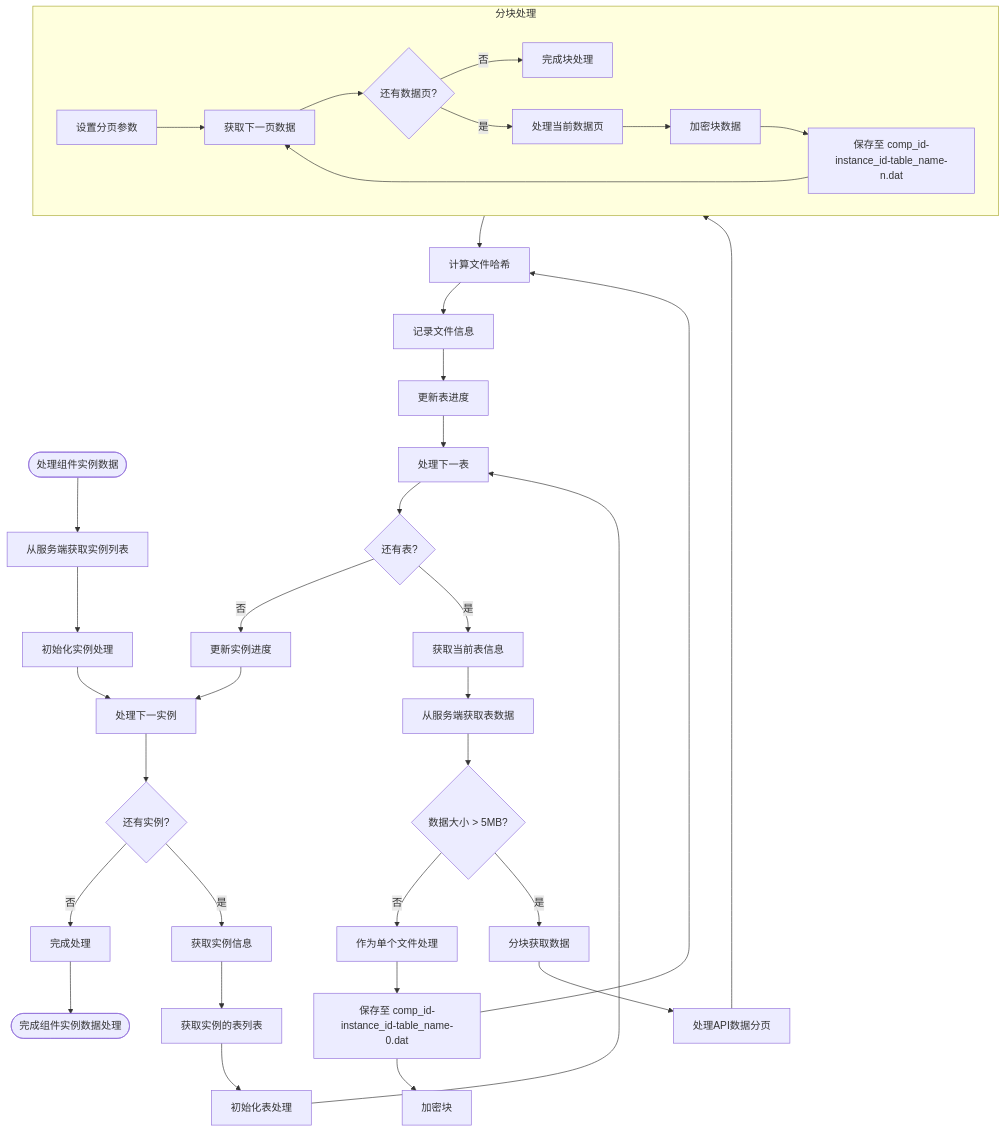
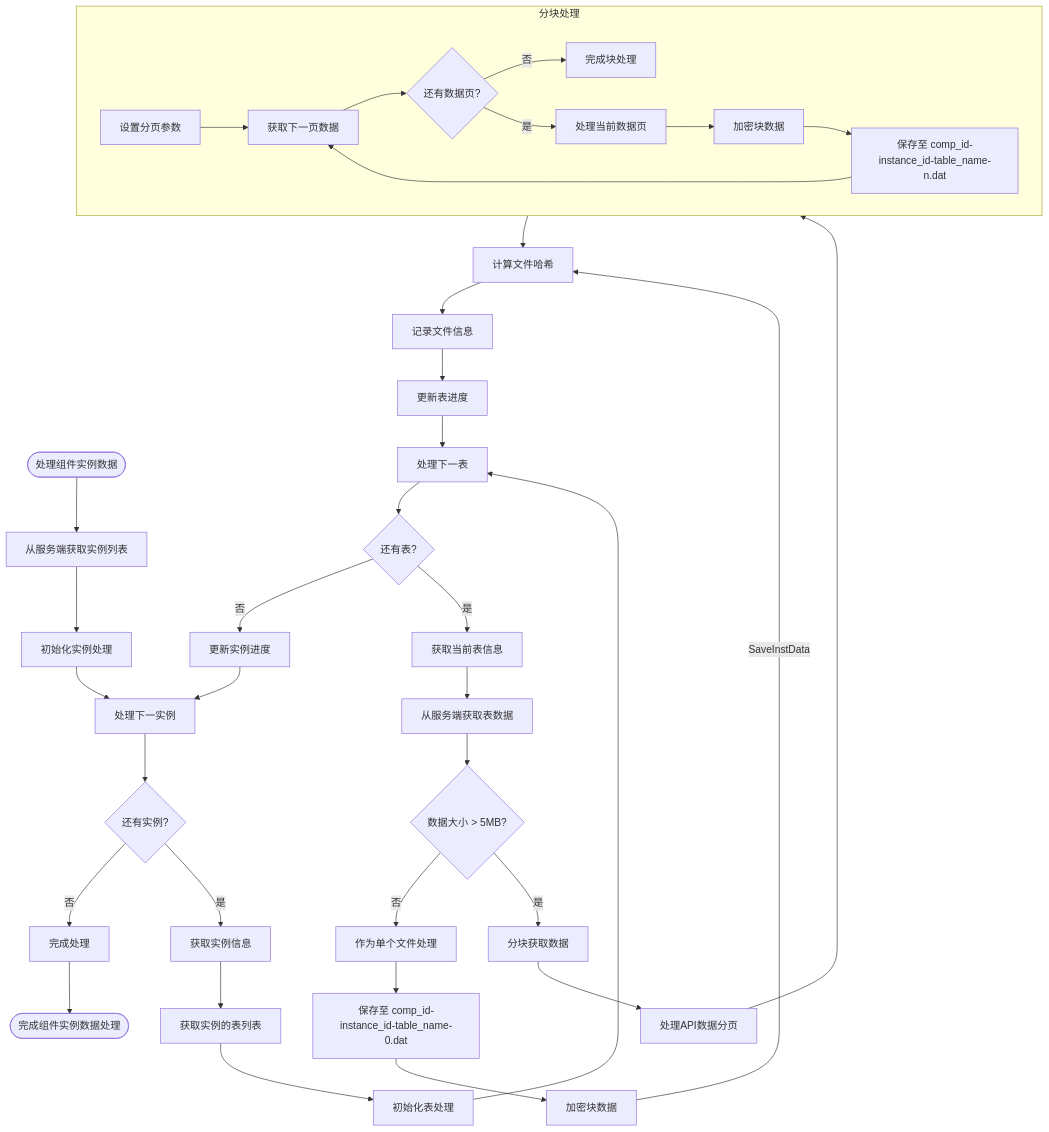
One commit to yingjianzh/iodraw-files changed the diagram in all/未命名-52.md. Above: the diagram before and after it, drawn with Mermaid.

Commit message:
2025-05-09 15:22:45 update

````diff
--- a/all/未命名-52.md
+++ b/all/未命名-52.md
@@ -1,51 +1,52 @@
 ```mermaid
 flowchart TD
     Start([处理组件实例数据]) --> FetchInstanceList[从服务端获取实例列表]
     FetchInstanceList --> InitInstanceProcess[初始化实例处理]
     
     InitInstanceProcess --> ProcessNextInst[处理下一实例]
     ProcessNextInst --> MoreInsts{还有实例?}
     MoreInsts -->|否| CompleteProcess[完成处理]
     MoreInsts -->|是| GetInstanceInfo[获取实例信息]
     
     GetInstanceInfo --> FetchTableList[获取实例的表列表]
     FetchTableList --> InitTableProcess[初始化表处理]
     
     InitTableProcess --> ProcessNextTable[处理下一表]
     ProcessNextTable --> MoreTables{还有表?}
     MoreTables -->|否| UpdateInstProgress[更新实例进度]
     MoreTables -->|是| GetTableInfo[获取当前表信息]
     
     UpdateInstProgress --> ProcessNextInst
     
     GetTableInfo --> FetchTableData[从服务端获取表数据]
     FetchTableData --> DataSize{数据大小 > 5MB?}
     
     DataSize -->|否| SingleFile[作为单个文件处理]
     DataSize -->|是| ChunkedFetch[分块获取数据]
     
     SingleFile --> SaveInstData[保存至 comp_id-instance_id-table_name-0.dat]
     ChunkedFetch --> ProcessAPIChunks[处理API数据分页]
     
     subgraph ChunkProcess [分块处理]
         C1[设置分页参数] --> C2[获取下一页数据]
         C2 --> C3{还有数据页?}
         C3 -->|否| C7[完成块处理]
         C3 -->|是| C4[处理当前数据页]
         C4 --> C5[加密块数据]
         C5 --> C6[保存至 comp_id-instance_id-table_name-n.dat]
         C6 --> C2
     end
     
     ProcessAPIChunks --> ChunkProcess
     
-    SaveInstData --> CalcPass[加密块]
+    SaveInstData --> CalcPass[加密块数据]
+    CalcPass --
     SaveInstData --> CalcFileHash[计算文件哈希]
     ChunkProcess --> CalcFileHash
     
     CalcFileHash --> RecordFileInfo[记录文件信息]
     RecordFileInfo --> UpdateTableProgress[更新表进度]
     UpdateTableProgress --> ProcessNextTable
     
     CompleteProcess --> End([完成组件实例数据处理])
 ```
````
